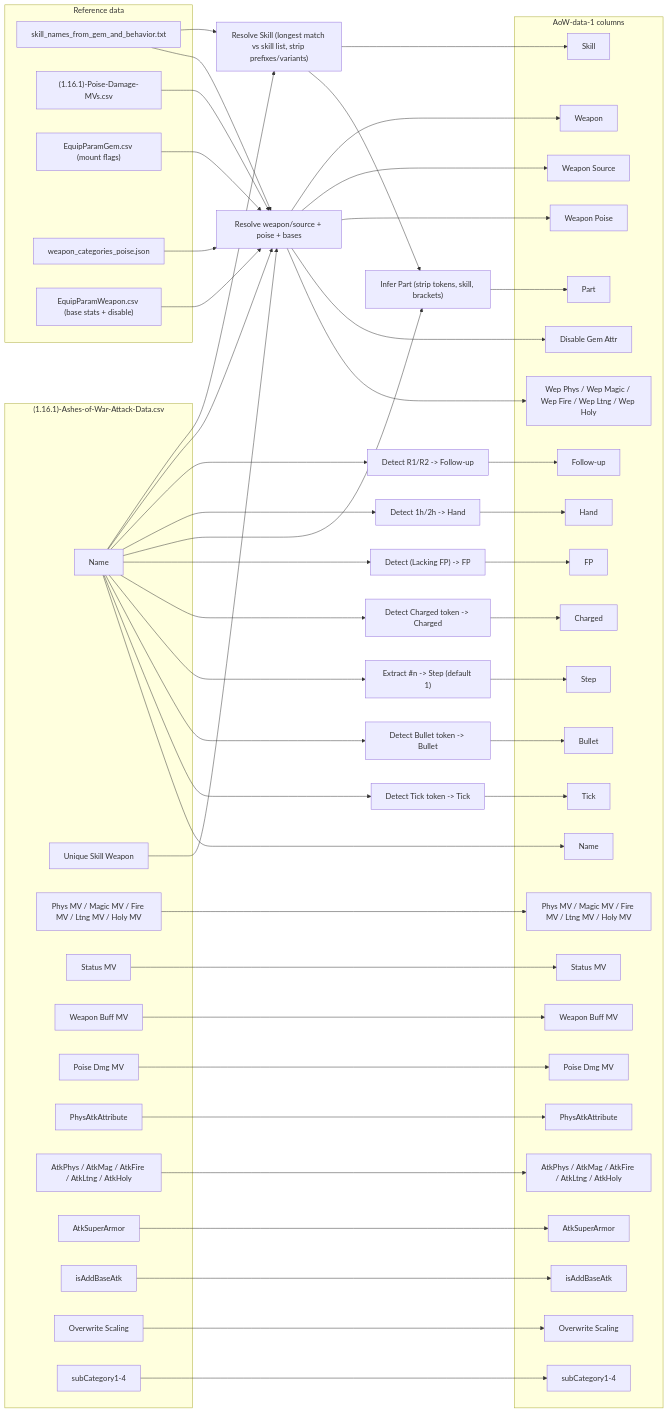
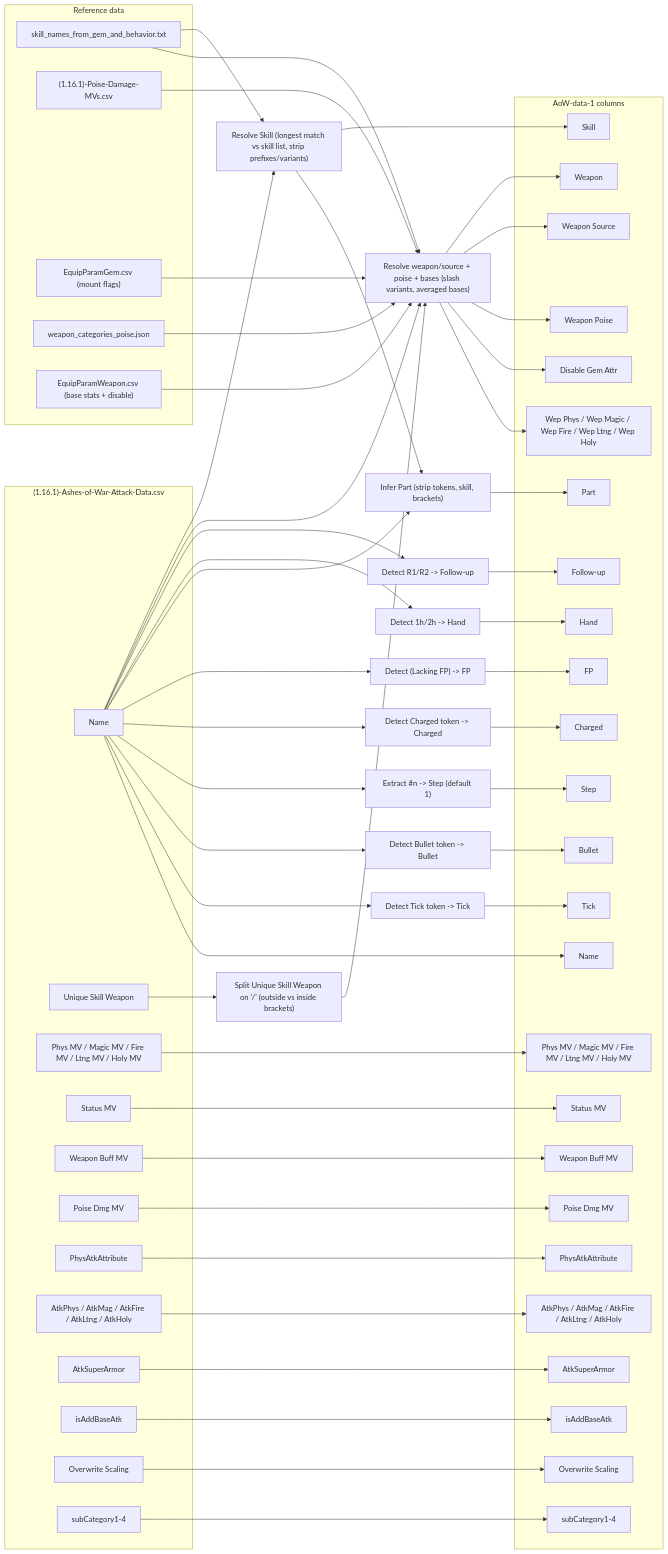
Before and after one commit to Dub1n/SotE-Detailed-Item-Descriptions: the second of 4 diagrams in docs/aow_pipeline_overview.md, drawn with Mermaid. The commit also changed other lines of this file and 1 other file, not shown here.

Commit message:
Split Unique Skill Weapon slashes and average bases

```diff
--- a/docs/aow_pipeline_overview.md
+++ b/docs/aow_pipeline_overview.md
@@ -138,7 +139,8 @@
 
   aName --> o1Name
 
-  aUnique --> weaponResolve["Resolve weapon/source + poise + bases"]
+  aUnique --> slashResolve["Split Unique Skill Weapon on '/' (outside vs inside brackets)"]
+  slashResolve --> weaponResolve["Resolve weapon/source + poise + bases (slash variants, averaged bases)"]
   refSkillList --> weaponResolve
   refGem --> weaponResolve
   refCategories --> weaponResolve
```
